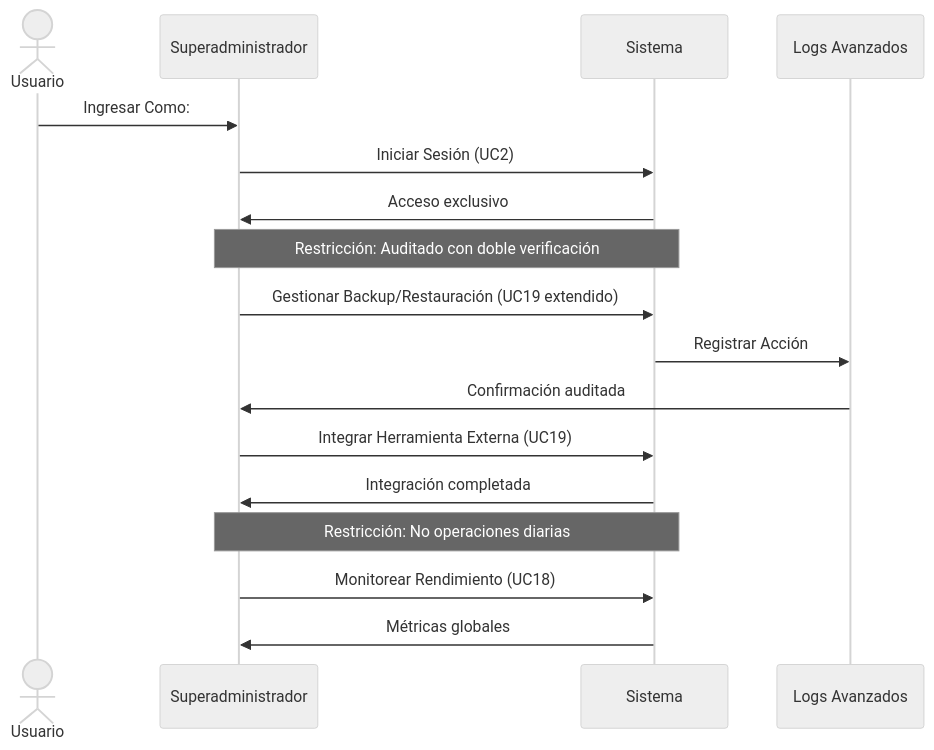
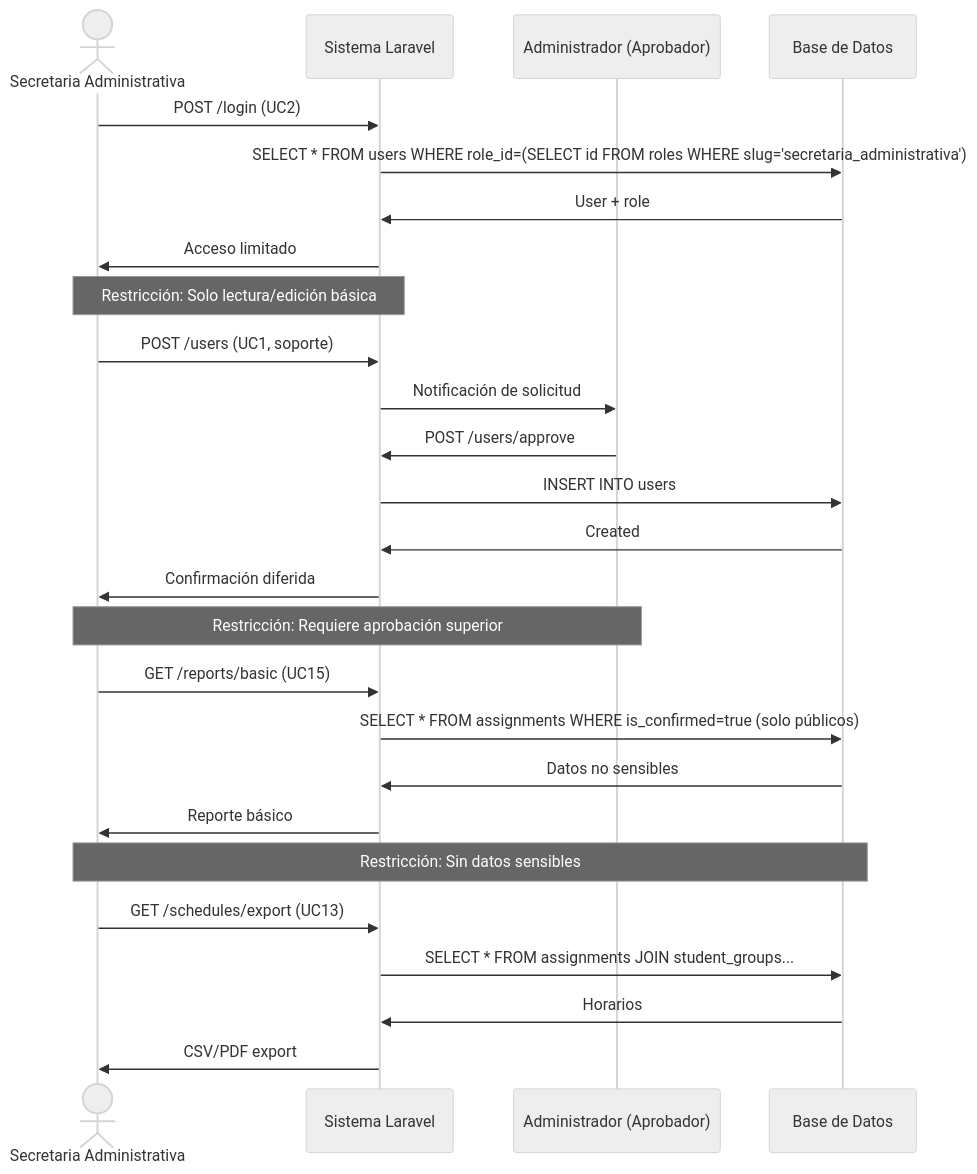
Before and after one commit to LuisCPedraza/sistema-asignacion-salones: the second of 8 diagrams in documentation/DiagramaSecuenciaCasosDeUso.md, drawn with Mermaid (neutral theme). The commit also changed other lines of this file and 9 other files, not shown here.

````diff
--- a/documentation/DiagramaSecuenciaCasosDeUso.md
+++ b/documentation/DiagramaSecuenciaCasosDeUso.md
@@ -42,23 +72,32 @@
 ```mermaid
 sequenceDiagram
-actor Usuario
-Usuario->>SA: Ingresar Como:
-    participant SA as Superadministrador
-    participant Sys as Sistema
-    participant Log as Logs Avanzados
+    actor SecAdmin as Secretaria Administrativa
+    participant Sys as Sistema Laravel
+    participant Admin as Administrador (Aprobador)
+    participant DB as Base de Datos
 
-    SA->>Sys: Iniciar Sesión (UC2)
-    Sys->>SA: Acceso exclusivo
-    Note over SA,Sys: Restricción: Auditado con doble verificación
+    SecAdmin->>Sys: POST /login (UC2)
+    Sys->>DB: SELECT * FROM users WHERE role_id=(SELECT id FROM roles WHERE slug='secretaria_administrativa')
+    DB->>Sys: User + role
+    Sys->>SecAdmin: Acceso limitado
+    Note over SecAdmin,Sys: Restricción: Solo lectura/edición básica
 
-    SA->>Sys: Gestionar Backup/Restauración (UC19 extendido)
-    Sys->>Log: Registrar Acción
-    Log->>SA: Confirmación auditada
+    SecAdmin->>Sys: POST /users (UC1, soporte)
+    Sys->>Admin: Notificación de solicitud
+    Admin->>Sys: POST /users/approve
+    Sys->>DB: INSERT INTO users
+    DB->>Sys: Created
+    Sys->>SecAdmin: Confirmación diferida
+    Note over SecAdmin,Admin: Restricción: Requiere aprobación superior
 
-    SA->>Sys: Integrar Herramienta Externa (UC19)
-    Sys->>SA: Integración completada
-    Note over SA,Sys: Restricción: No operaciones diarias
+    SecAdmin->>Sys: GET /reports/basic (UC15)
+    Sys->>DB: SELECT * FROM assignments WHERE is_confirmed=true (solo públicos)
+    DB->>Sys: Datos no sensibles
+    Sys->>SecAdmin: Reporte básico
+    Note over SecAdmin,DB: Restricción: Sin datos sensibles
 
-    SA->>Sys: Monitorear Rendimiento (UC18)
-    Sys->>SA: Métricas globales
+    SecAdmin->>Sys: GET /schedules/export (UC13)
+    Sys->>DB: SELECT * FROM assignments JOIN student_groups...
+    DB->>Sys: Horarios
+    Sys->>SecAdmin: CSV/PDF export
 ```
````
